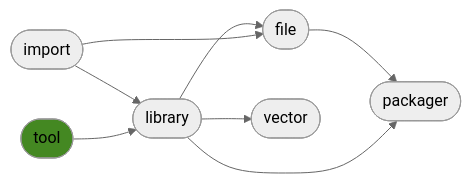
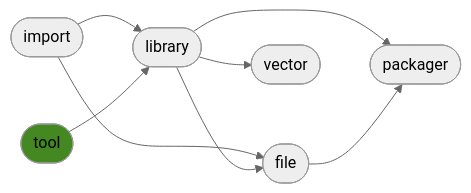
Before and after one commit to ManderaGeneral/generaltool: the diagram in README.md, drawn with Mermaid (neutral theme). The commit also changed other lines of this file, not shown here.

````diff
--- a/README.md
+++ b/README.md
@@ -23,17 +23,17 @@
 ```mermaid
 flowchart LR
+0([import]) --> 2([library])
+0([import]) --> 3([file])
+2([library]) --> 4([vector])
+1([tool]) --> 2([library])
+2([library]) --> 3([file])
+2([library]) --> 5([packager])
 3([file]) --> 5([packager])
-2([library]) --> 5([packager])
-2([library]) --> 3([file])
-0([import]) --> 2([library])
-1([tool]) --> 2([library])
-2([library]) --> 4([vector])
-0([import]) --> 3([file])
 click 0 "https://github.com/ManderaGeneral/generalimport"
 click 1 "https://github.com/ManderaGeneral/generaltool"
 click 2 "https://github.com/ManderaGeneral/generallibrary"
 click 3 "https://github.com/ManderaGeneral/generalfile"
 click 4 "https://github.com/ManderaGeneral/generalvector"
 click 5 "https://github.com/ManderaGeneral/generalpackager"
 style 1 fill:#482
 ```
````
